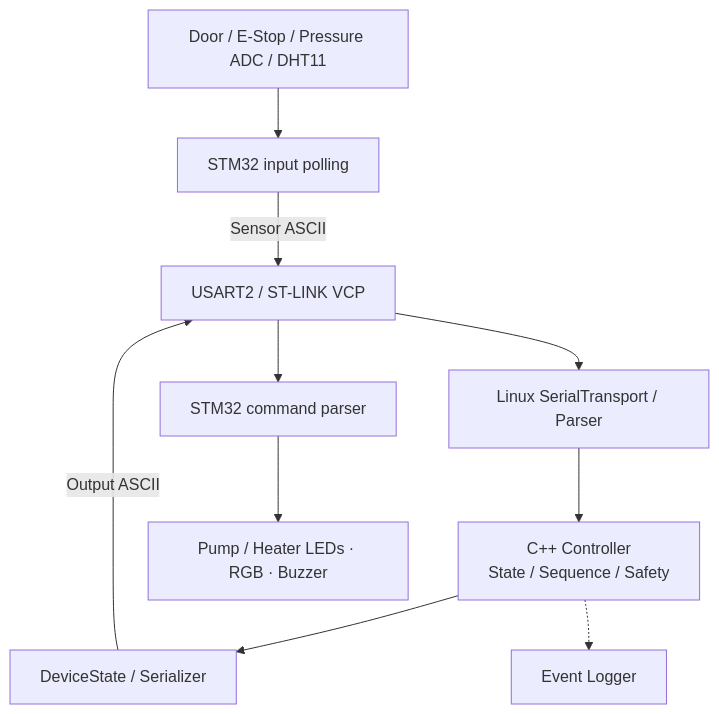
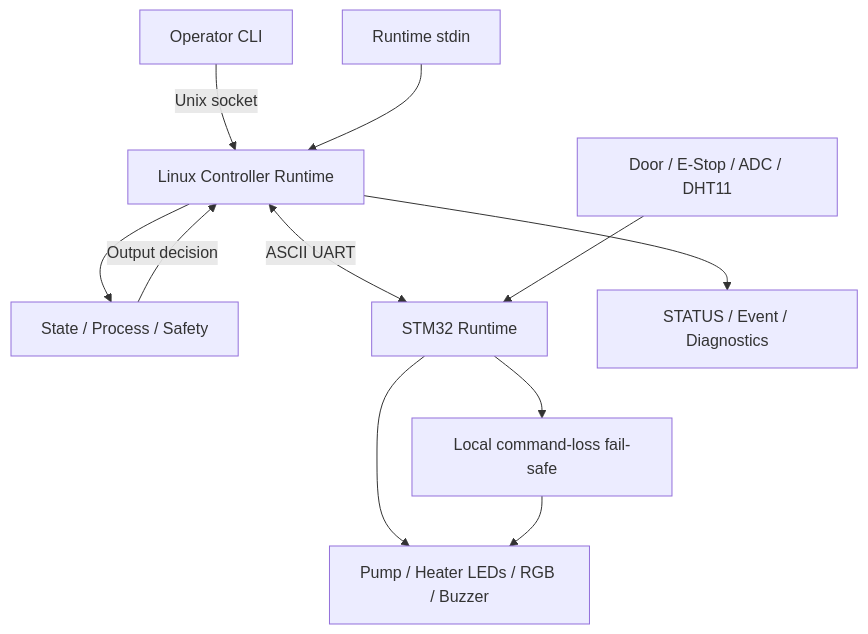
Before and after one commit to triton0305/cpp-equipment-controller: the diagram in README.md, drawn with Mermaid. The commit also changed other lines of this file and 16 other files, not shown here.

````diff
--- a/README.md
+++ b/README.md
@@ -169,12 +102,13 @@
 ```mermaid
 flowchart TD
-    I["Door / E-Stop / Pressure ADC / DHT11"] --> M["STM32 input polling"]
-    M -->|Sensor ASCII| U["USART2 / ST-LINK VCP"]
-    U --> P["Linux SerialTransport / Parser"]
-    P --> C["C++ Controller<br/>State / Sequence / Safety"]
-    C --> S["DeviceState / Serializer"]
-    S -->|Output ASCII| U
-    U --> R["STM32 command parser"]
-    R --> O["Pump / Heater LEDs · RGB · Buzzer"]
-    C -.-> L["Event Logger"]
+    CLI["Operator CLI"] -->|Unix socket| RT["Linux Controller Runtime"]
+    IN["Runtime stdin"] --> RT
+    RT --> CORE["State / Process / Safety"]
+    CORE -->|Output decision| RT
+    RT <-->|ASCII UART| MCU["STM32 Runtime"]
+    SENSOR["Door / E-Stop / ADC / DHT11"] --> MCU
+    MCU --> OUT["Pump / Heater LEDs / RGB / Buzzer"]
+    MCU --> SAFE["Local command-loss fail-safe"]
+    SAFE --> OUT
+    RT --> LOG["STATUS / Event / Diagnostics"]
 ```
````
